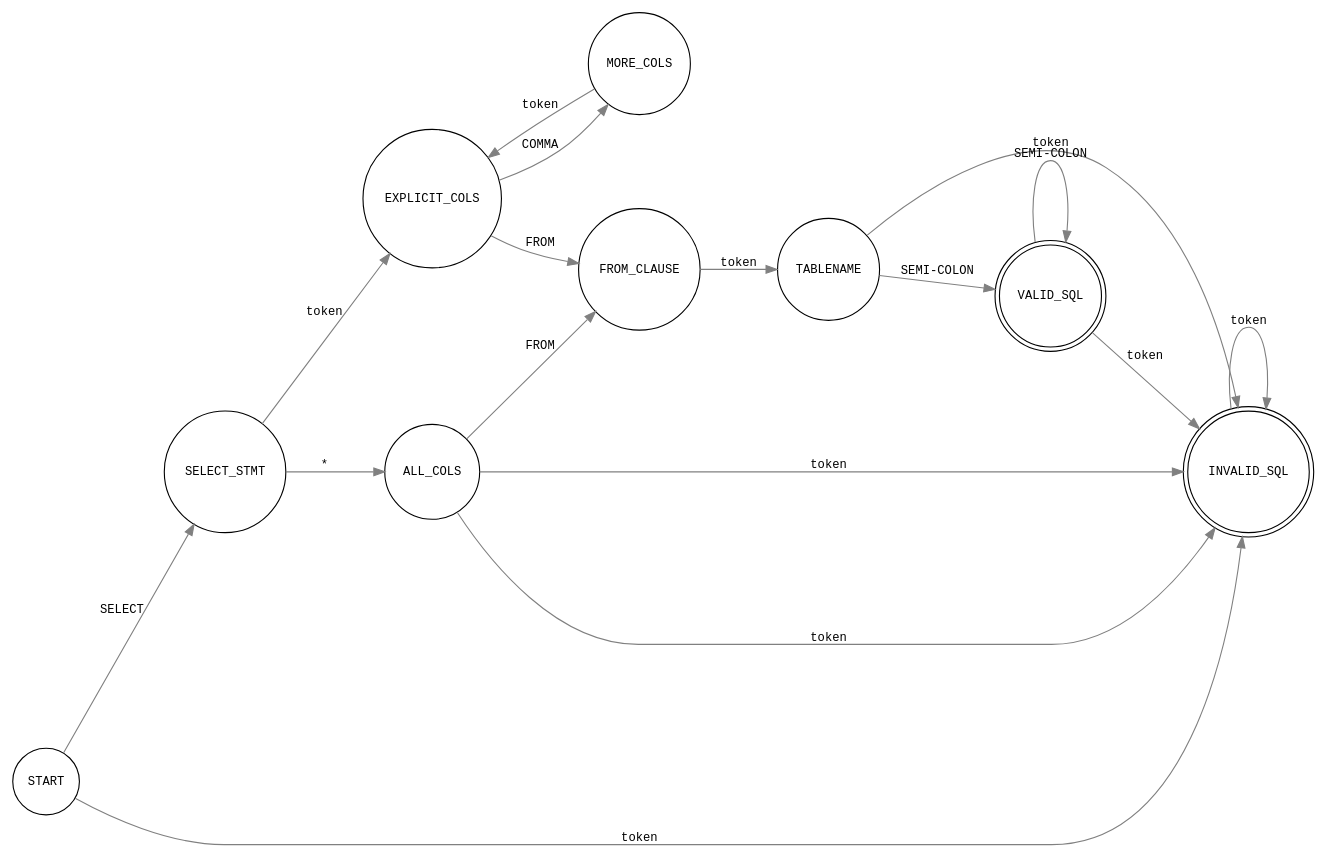
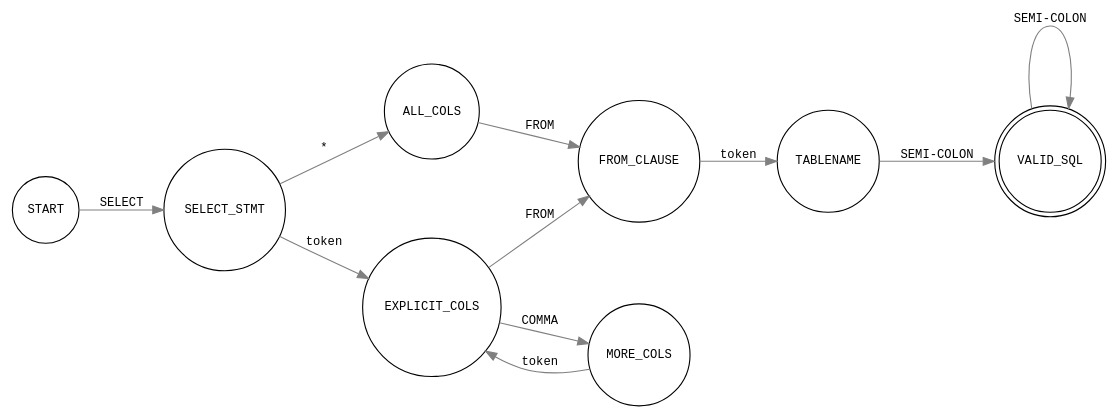
Before and after one commit to arpitbbhayani/fsm: the diagram in sql.dot, drawn with Graphviz. The commit also changed 1 other file, not shown here.

Commit message:
sql removed nvalid state.

```diff
--- a/sql.dot
+++ b/sql.dot
@@ -1,38 +1,29 @@
 digraph G {
     graph [rankdir=LR labelfontcolor=red fontname="monospace" nodesep=1 size="20,33"]
     node [fontname="monospace" fontsize=11  shape="circle"]
     edge [fontname="monospace" color="grey" fontsize=11]
     
     init [label="START"]
     select [label="SELECT_STMT"]
     all_cols [label="ALL_COLS"]
     explicit_cols [label="EXPLICIT_COLS"]
     more_cols [label="MORE_COLS"]
     from [label="FROM_CLAUSE"]
     table [label="TABLENAME"]
     valid [label="VALID_SQL" shape="doublecircle"]
-    invalid [label="INVALID_SQL" shape="doublecircle"]
 
     init -> select [label="SELECT"]
-    init -> invalid [label="token"]
     select -> all_cols [label="*"]
     select -> explicit_cols [label="token"]
 
     explicit_cols -> more_cols [label="COMMA"]
     more_cols -> explicit_cols [label="token"]
 
     explicit_cols -> from [label="FROM"]
-    all_cols -> invalid [label="token"]
     
     all_cols -> from [label="FROM"]
-    all_cols -> invalid [label="token"]
-
+    
     from -> table [label="token"]
     table -> valid [label="SEMI-COLON"]
     valid -> valid [label="SEMI-COLON"]
-
-    table -> invalid [label="token"]
-    
-    invalid -> invalid [label="token"]
-    valid -> invalid [label="token"]
 }
```
